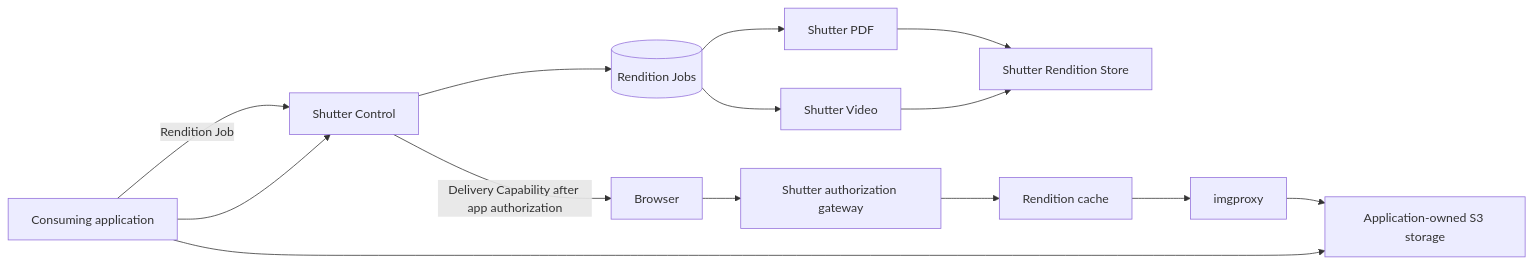
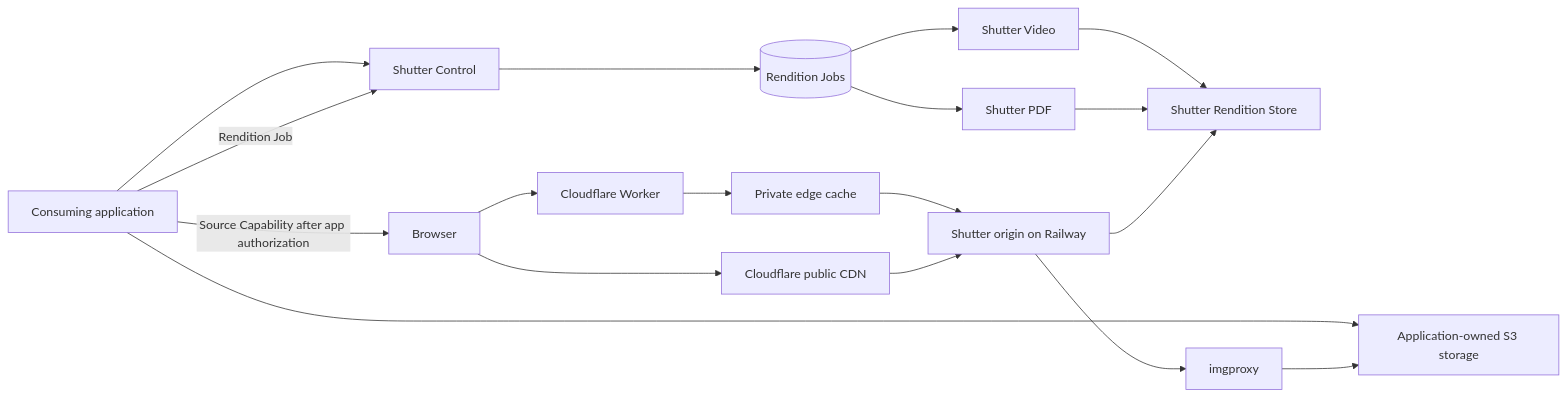
Before and after one commit to Traydr/shutter: the diagram in docs/architecture.md, drawn with Mermaid. The commit also changed other lines of this file and 9 other files, not shown here.

````diff
--- a/docs/architecture.md
+++ b/docs/architecture.md
@@ -13,14 +13,19 @@
 ```mermaid
 flowchart LR
   app["Consuming application"] --> control["Shutter Control"]
   app --> source["Application-owned S3 storage"]
   app -->|"Rendition Job"| control
   control --> jobs[("Rendition Jobs")]
   jobs --> video["Shutter Video"]
   jobs --> pdf["Shutter PDF"]
   video --> derived["Shutter Rendition Store"]
   pdf --> derived
-  browser["Browser"] --> gateway["Shutter authorization gateway"]
-  gateway --> cache["Rendition cache"] --> image["imgproxy"] --> source
-  control -->|"Delivery Capability after app authorization"| browser
+  browser["Browser"] --> worker["Cloudflare Worker"]
+  worker --> privateCache["Private edge cache"]
+  browser --> publicCache["Cloudflare public CDN"]
+  privateCache --> origin["Shutter origin on Railway"]
+  publicCache --> origin
+  origin --> image["imgproxy"] --> source
+  origin --> derived
+  app -->|"Source Capability after app authorization"| browser
 ```
````
